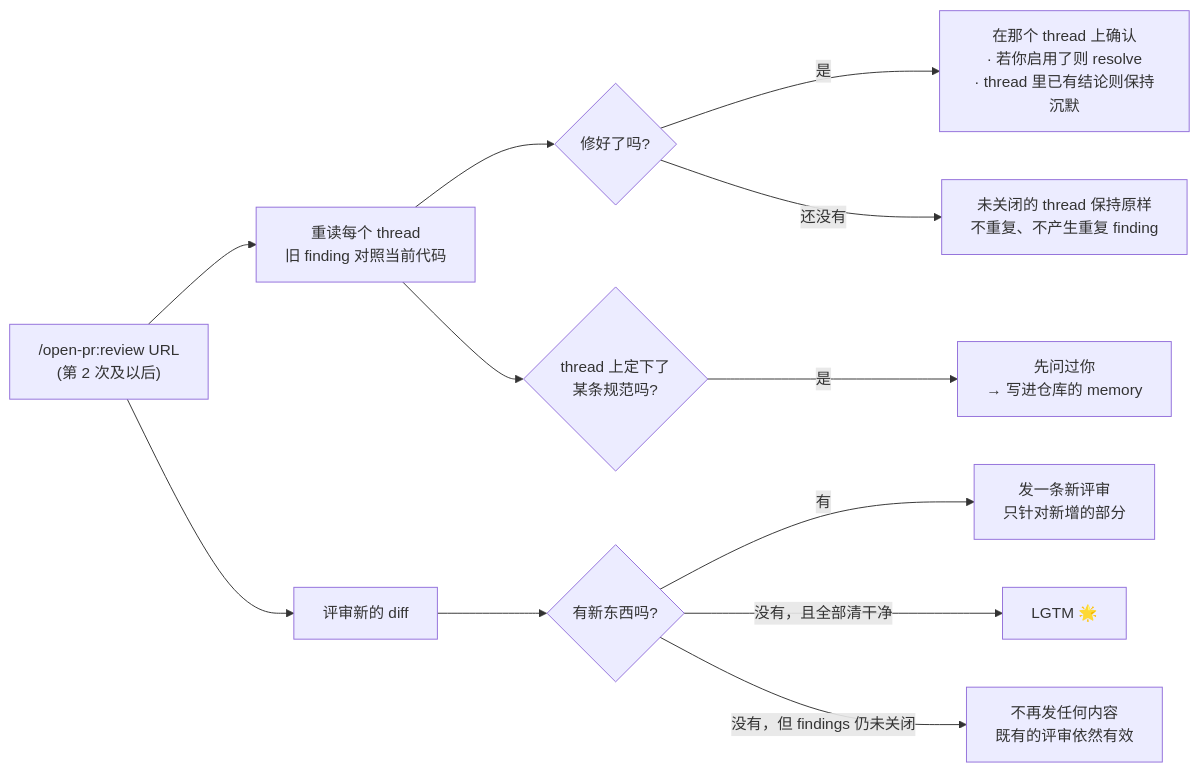
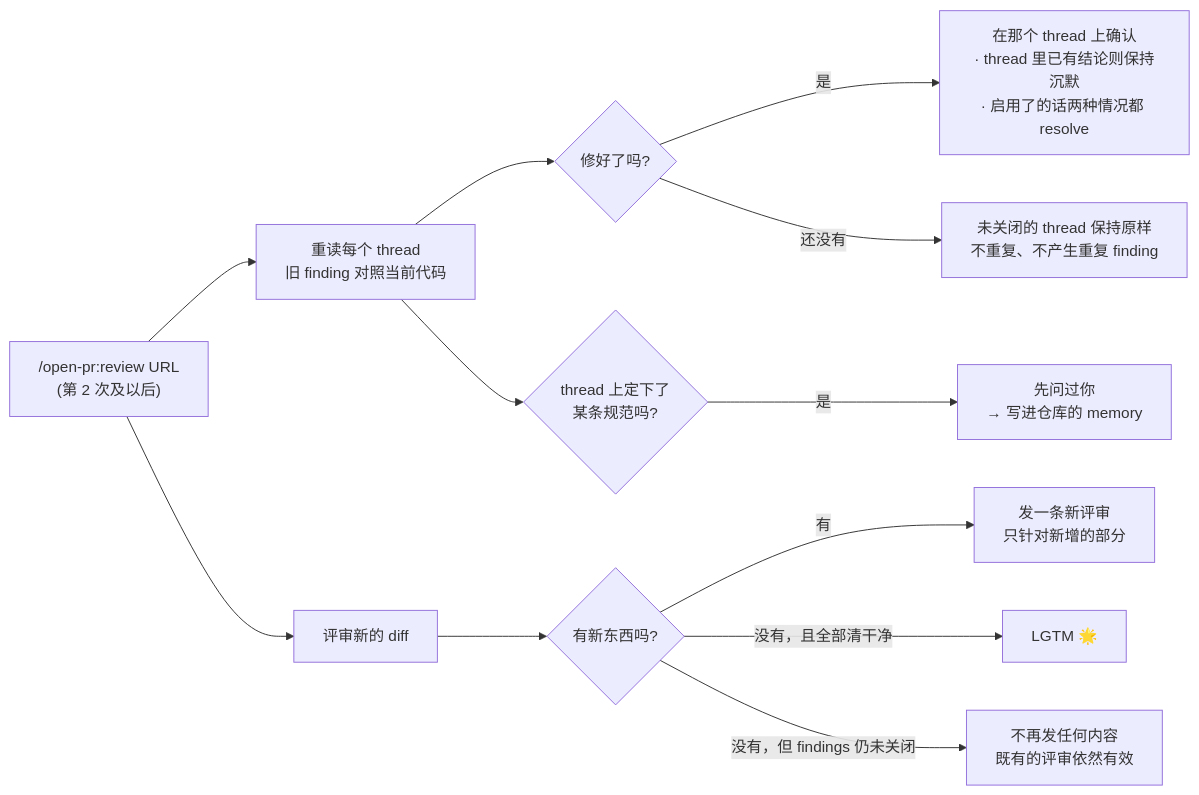
Before and after one commit to TOMOSIA-VIETNAM/open-pr: the first of 2 diagrams in docs/zh-Hans/how-it-works.md, drawn with Mermaid. The commit also changed 7 other files, not shown here.

First line of the commit message:
fix(re-review): resolve a thread whose reply already confirms the fix

````diff
--- a/docs/zh-Hans/how-it-works.md
+++ b/docs/zh-Hans/how-it-works.md
@@ -13,14 +13,14 @@
 ```mermaid
 flowchart LR
   A["/open-pr:review URL<br/>(第 2 次及以后)"] --> B[重读每个 thread<br/>旧 finding 对照当前代码]
   B --> C{修好了吗?}
-  C -- 是 --> D["在那个 thread 上确认<br/>· 若你启用了则 resolve<br/>· thread 里已有结论则保持沉默"]
+  C -- 是 --> D["在那个 thread 上确认<br/>· thread 里已有结论则保持沉默<br/>· 启用了的话两种情况都 resolve"]
   C -- 还没有 --> E["未关闭的 thread 保持原样<br/>不重复、不产生重复 finding"]
   B --> F{thread 上定下了<br/>某条规范吗?}
   F -- 是 --> G["先问过你<br/>→ 写进仓库的 memory"]
   A --> H[评审新的 diff]
   H --> I{有新东西吗?}
   I -- 有 --> J["发一条新评审<br/>只针对新增的部分"]
   I -- 没有，且全部清干净 --> K[LGTM 🌟]
   I -- 没有，但 findings 仍未关闭 --> L["不再发任何内容<br/>既有的评审依然有效"]
 ```
````
